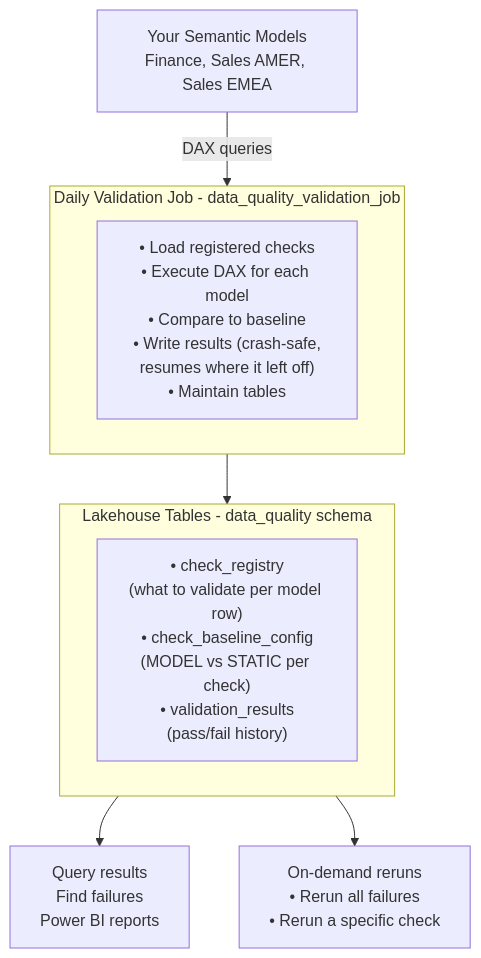
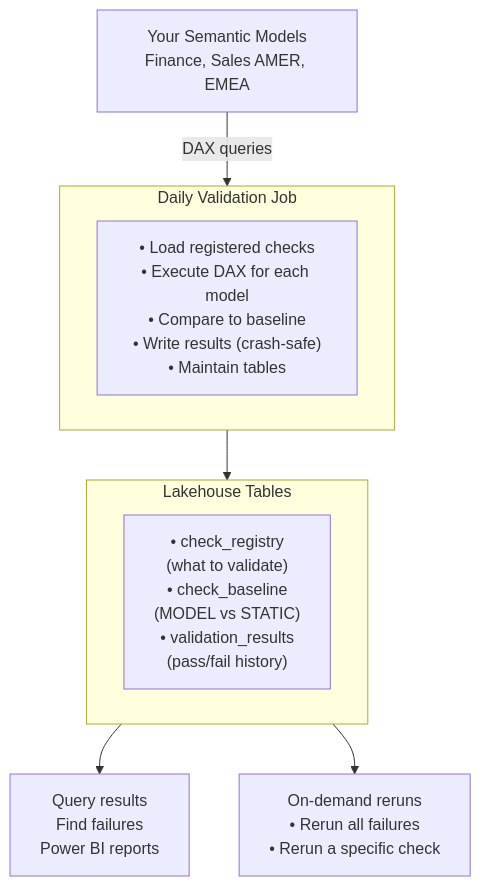
The first of 3 diagrams in README.md (edwardpcharles/fabric-pbi-data-quality-notebook), drawn with Mermaid before and after one commit. The commit also changed other lines of this file, not shown here.

Commit message:
docs: shorten mermaid string lengths for better rendering

````diff
--- a/README.md
+++ b/README.md
@@ -17,22 +17,22 @@
 ```mermaid
 flowchart TD
-    Models["Your Semantic Models<br>Finance, Sales AMER, Sales EMEA"]
+    Models["Your Semantic Models<br>Finance, Sales AMER, EMEA"]
     
-    subgraph Job [Daily Validation Job - data_quality_validation_job]
-        J["• Load registered checks<br>• Execute DAX for each model<br>• Compare to baseline<br>• Write results (crash-safe,<br>resumes where it left off)<br>• Maintain tables"]
+    subgraph Job [Daily Validation Job]
+        J["• Load registered checks<br>• Execute DAX for each model<br>• Compare to baseline<br>• Write results (crash-safe)<br>• Maintain tables"]
     end
     
     Models -- DAX queries --> Job
     
-    subgraph Lakehouse [Lakehouse Tables - data_quality schema]
-        L["• check_registry<br>(what to validate per model row)<br>• check_baseline_config<br>(MODEL vs STATIC per check)<br>• validation_results<br>(pass/fail history)"]
+    subgraph Lakehouse [Lakehouse Tables]
+        L["• check_registry<br>(what to validate)<br>• check_baseline<br>(MODEL vs STATIC)<br>• validation_results<br>(pass/fail history)"]
     end
     
     Job --> Lakehouse
     
     Reports["Query results<br>Find failures<br>Power BI reports"]
     Reruns["On-demand reruns<br>• Rerun all failures<br>• Rerun a specific check"]
     
     Lakehouse --> Reports
     Lakehouse --> Reruns
 ```
````
